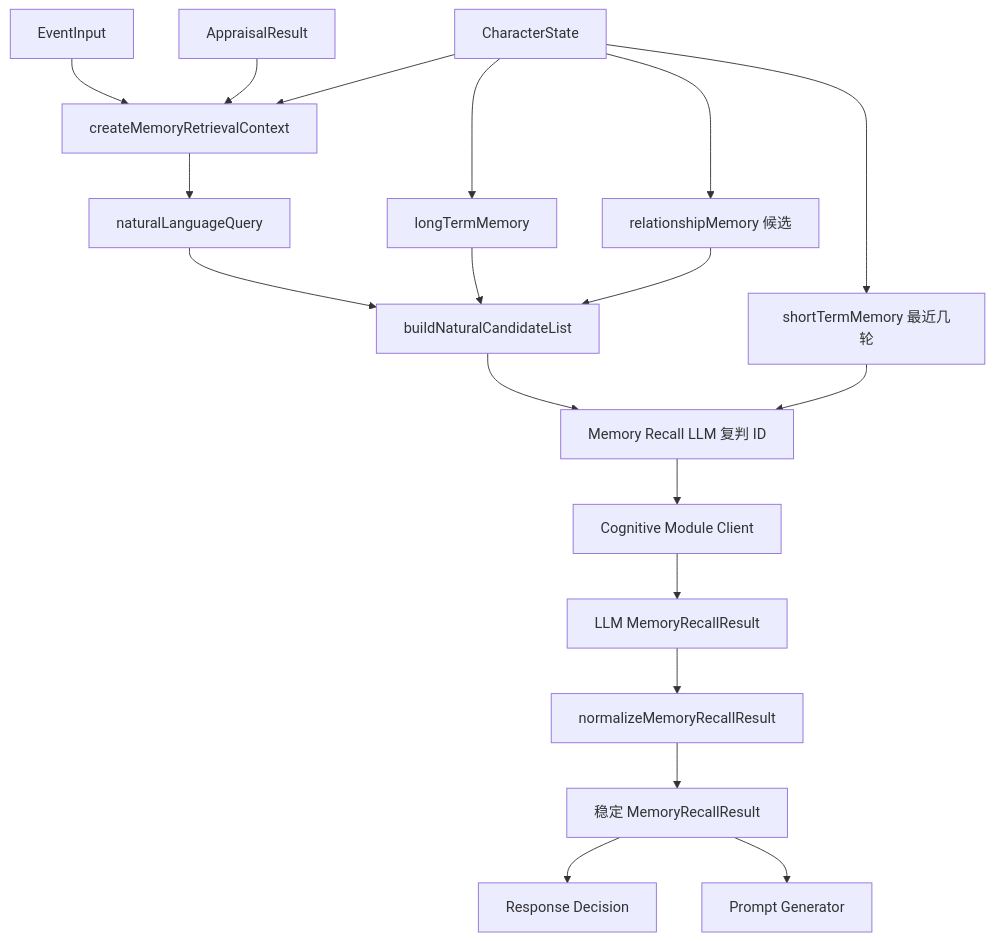
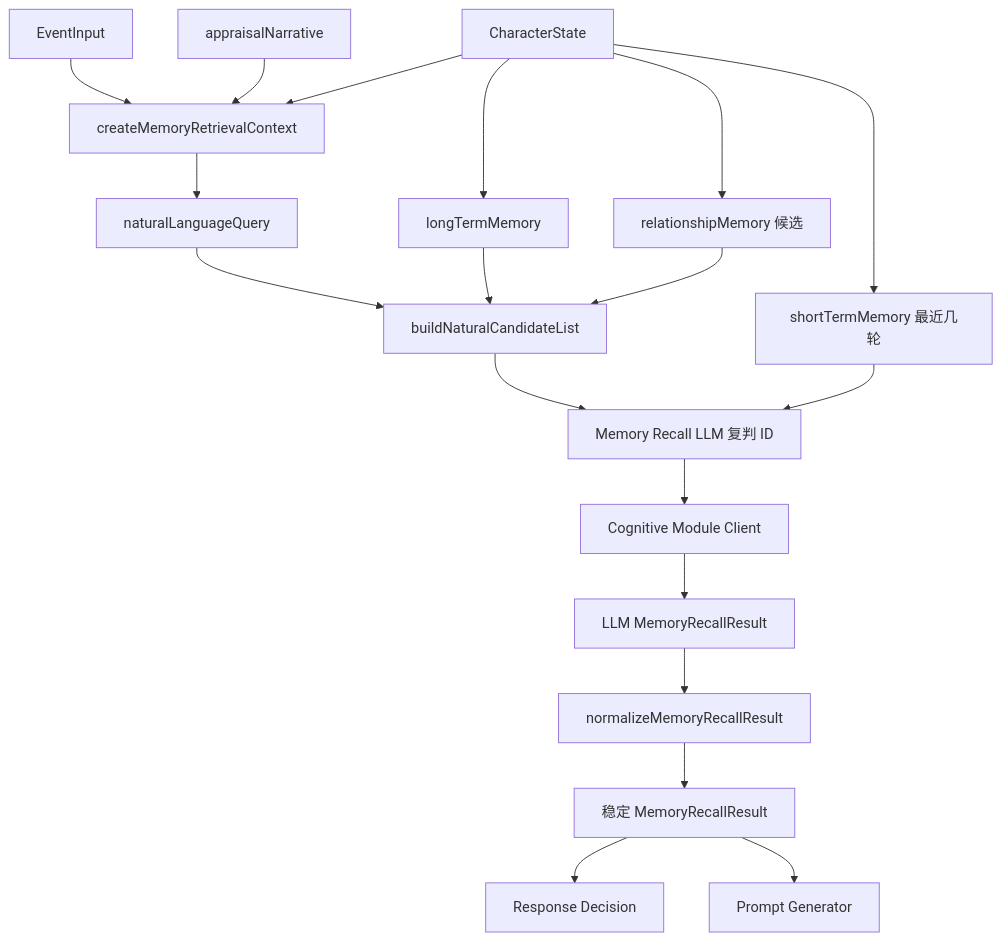
Diagram 17 of 31 in docs/SYSTEM_FLOW.md (ttmanthatman/virtual-human-flow), drawn with Mermaid before and after one commit. The commit also changed other lines of this file and 7 other files, not shown here.

````diff
--- a/docs/SYSTEM_FLOW.md
+++ b/docs/SYSTEM_FLOW.md
@@ -434,21 +434,21 @@
 ```mermaid
 flowchart TD
     E["EventInput"] --> CTX["createMemoryRetrievalContext"]
-    A["AppraisalResult"] --> CTX
+    A["appraisalNarrative"] --> CTX
     S["CharacterState"] --> CTX
     CTX --> QUERY["naturalLanguageQuery"]
     S --> LTM["longTermMemory"]
     QUERY --> LIST["buildNaturalCandidateList"]
     LTM --> LIST
     S --> REL["relationshipMemory 候选"]
     REL --> LIST
     LIST --> PROMPT["Memory Recall LLM 复判 ID"]
     S --> STM["shortTermMemory 最近几轮"]
     STM --> PROMPT
     PROMPT --> CLIENT["Cognitive Module Client"]
     CLIENT --> RAW["LLM MemoryRecallResult"]
     RAW --> NORM["normalizeMemoryRecallResult"]
     NORM --> OUT["稳定 MemoryRecallResult"]
     OUT --> DECISION["Response Decision"]
     OUT --> PROMPTGEN["Prompt Generator"]
 ```
````
